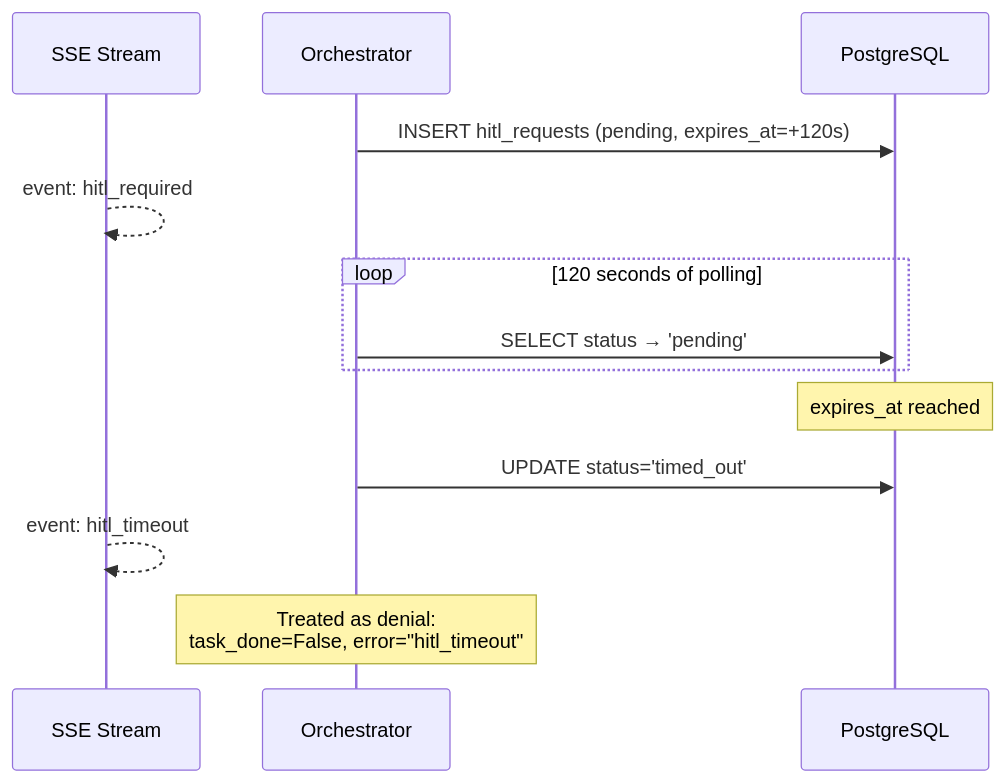
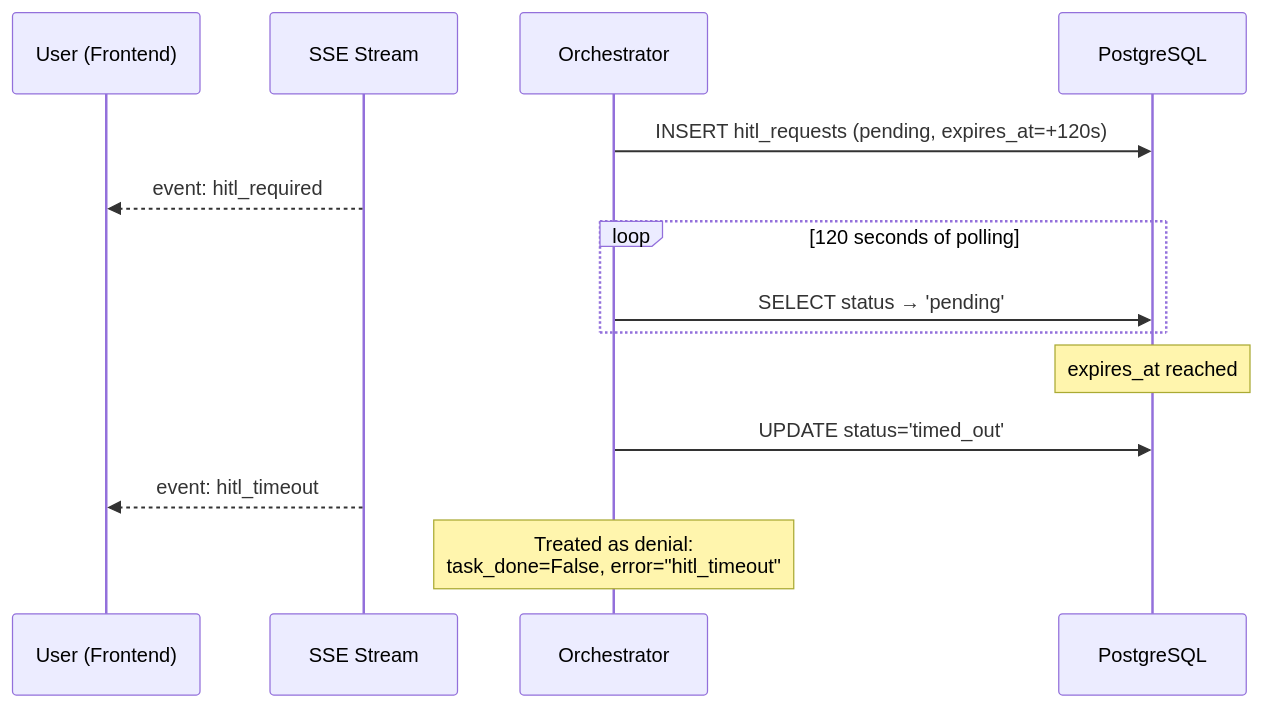
One commit to vinu0404/TopoSort-RAG changed diagram 29 of 32 in README.md. Above: the diagram before and after it, drawn with Mermaid. The commit also changed other lines of this file and 13 other files, not shown here.

````diff
--- a/README.md
+++ b/README.md
@@ -3333,20 +3626,21 @@
 ```mermaid
 sequenceDiagram
+    participant User as User (Frontend)
     participant SSE as SSE Stream
     participant Orch as Orchestrator
     participant DB as PostgreSQL
 
     Orch->>DB: INSERT hitl_requests (pending, expires_at=+120s)
-    SSE-->>SSE: event: hitl_required
+    SSE-->>User: event: hitl_required
 
     loop 120 seconds of polling
         Orch->>DB: SELECT status → 'pending'
     end
 
     Note over DB: expires_at reached
 
     Orch->>DB: UPDATE status='timed_out'
-    SSE-->>SSE: event: hitl_timeout
+    SSE-->>User: event: hitl_timeout
 
     Note over Orch: Treated as denial:<br/>task_done=False, error="hitl_timeout"
 ```
````
